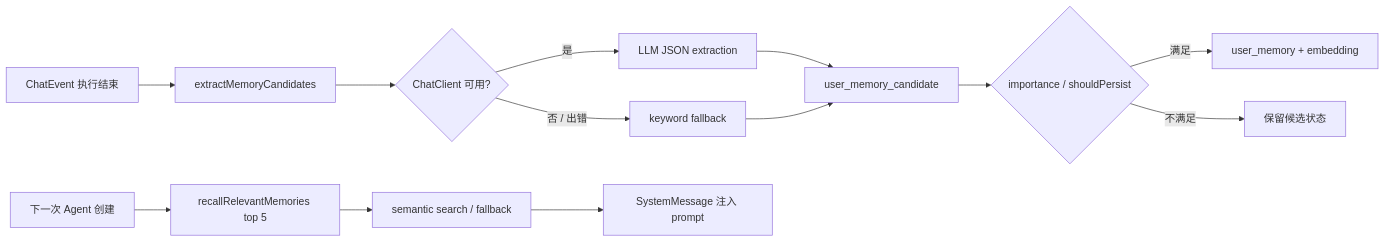
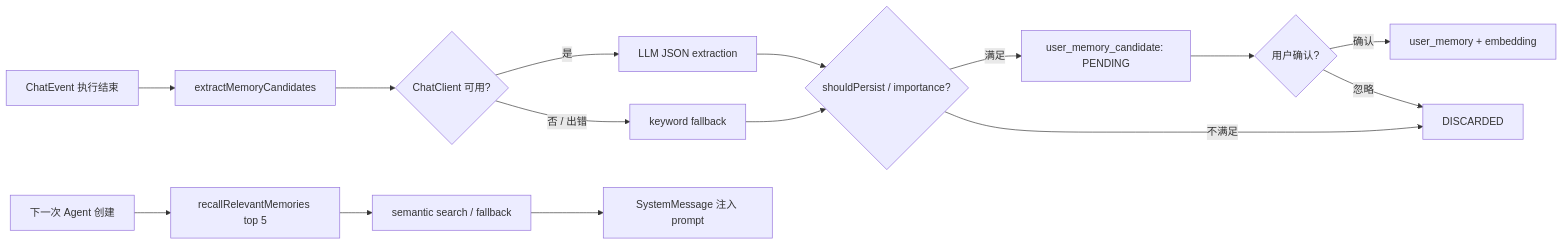
The sixth of 7 diagrams in docs/项目架构与关键链路.md (banxifu986-gif/JchatMind), drawn with Mermaid before and after one commit. The commit also changed other lines of this file and 2 other files, not shown here.

Commit message:
docs(agent): 同步 G1-G5 实施边界

````diff
--- a/docs/项目架构与关键链路.md
+++ b/docs/项目架构与关键链路.md
@@ -263,15 +276,17 @@
 ```mermaid
 flowchart LR
     A["ChatEvent 执行结束"] --> B["extractMemoryCandidates"]
     B --> C{"ChatClient 可用?"}
     C -->|"是"| D["LLM JSON extraction"]
     C -->|"否 / 出错"| E["keyword fallback"]
-    D --> F["user_memory_candidate"]
+    D --> F{"shouldPersist / importance?"}
     E --> F
-    F --> G{"importance / shouldPersist"}
-    G -->|"满足"| H["user_memory + embedding"]
-    G -->|"不满足"| I["保留候选状态"]
-    J["下一次 Agent 创建"] --> K["recallRelevantMemories top 5"]
-    K --> L["semantic search / fallback"]
-    L --> M["SystemMessage 注入 prompt"]
+    F -->|"满足"| G["user_memory_candidate: PENDING"]
+    F -->|"不满足"| H["DISCARDED"]
+    G --> I{"用户确认?"}
+    I -->|"确认"| J["user_memory + embedding"]
+    I -->|"忽略"| H
+    K["下一次 Agent 创建"] --> L["recallRelevantMemories top 5"]
+    L --> M["semantic search / fallback"]
+    M --> N["SystemMessage 注入 prompt"]
 ```
````
